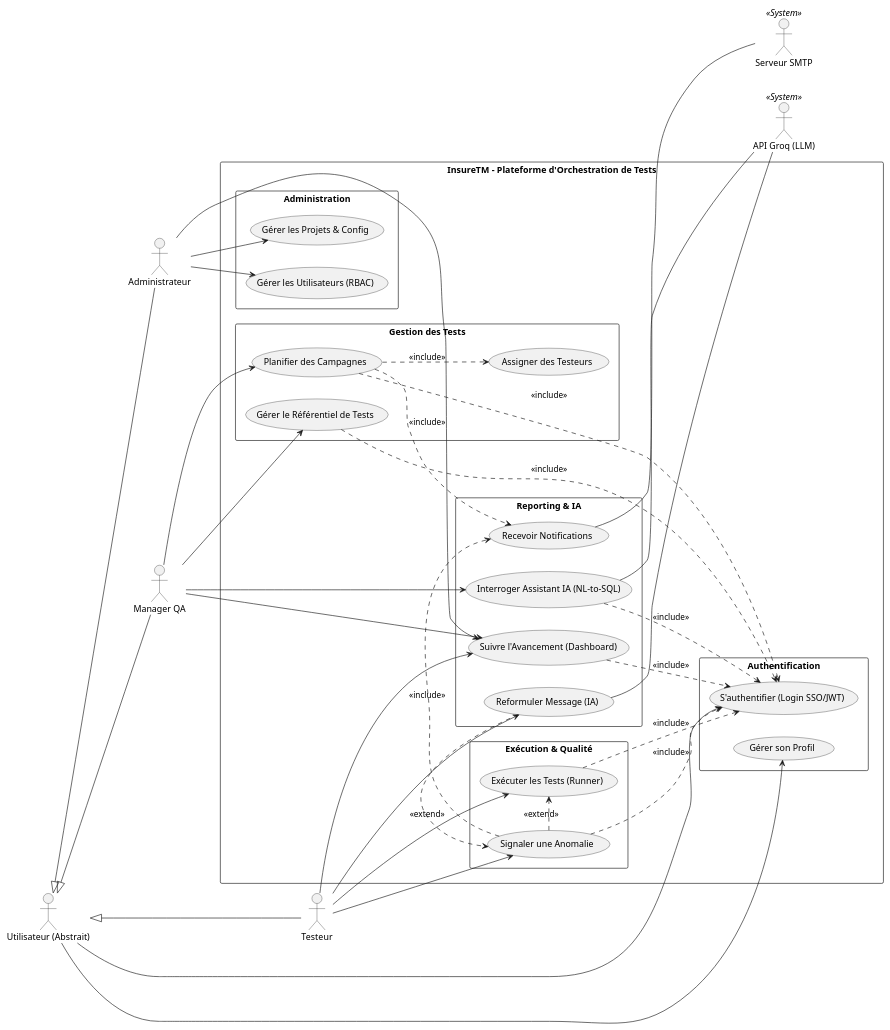
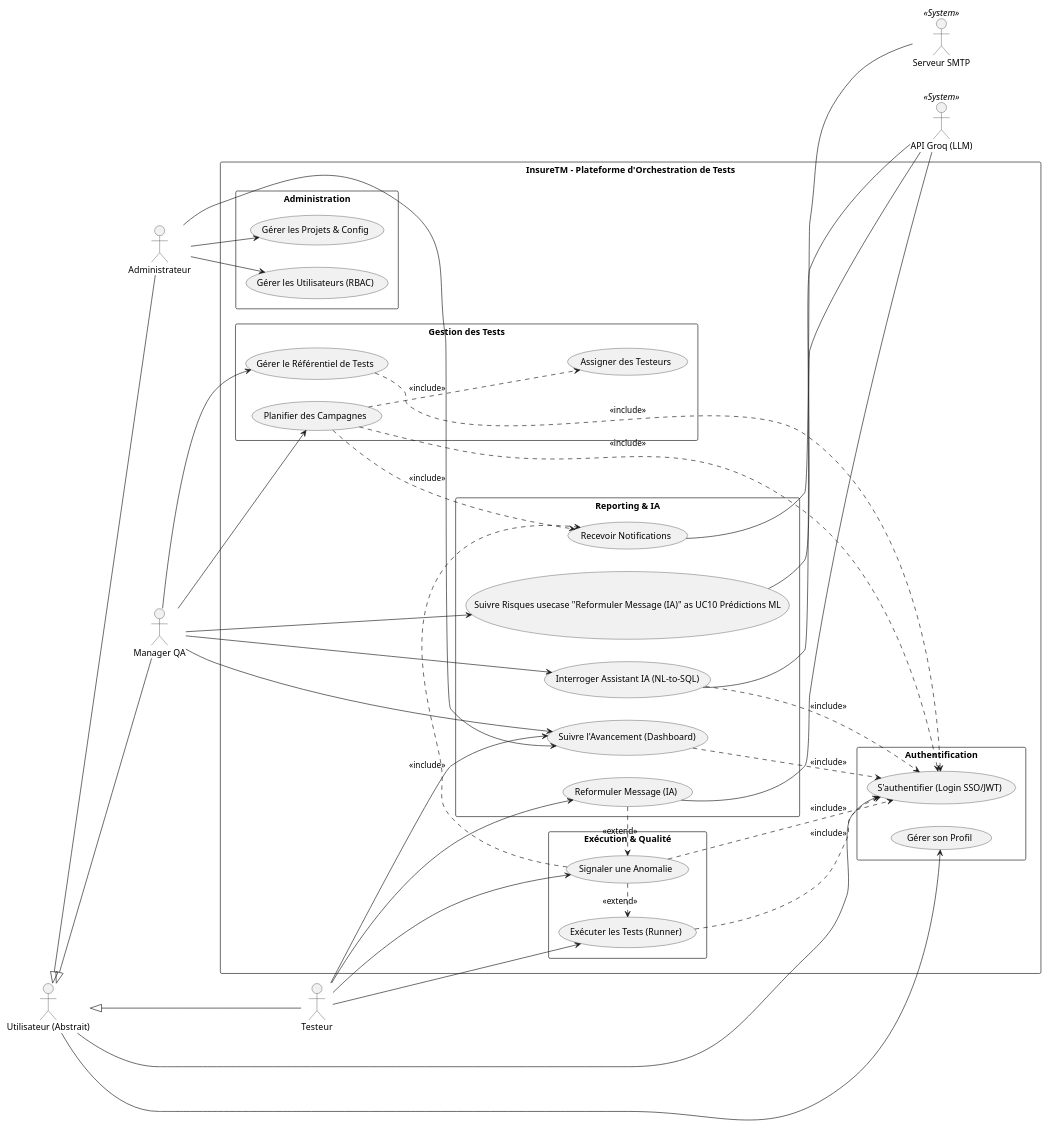
Before and after one commit to onsben19/Test-Management-Plateforme-LLoyd: the diagram in InsureTM/diagrammes /use_case_diagram.puml, drawn with PlantUML. The commit also changed 28 other files, not shown here.

```diff
--- a/InsureTM/diagrammes /use_case_diagram.puml
+++ b/InsureTM/diagrammes /use_case_diagram.puml
@@ -1,87 +1,90 @@
 @startuml
 left to right direction
 skinparam packageStyle rectangle
 
 actor "Utilisateur (Abstrait)" as User
 actor "Administrateur" as Admin
 actor "Manager QA" as Manager
 actor "Testeur" as Tester
 
 ' Systèmes Externes
 actor "Serveur SMTP" as SMTP <<System>>
 actor "API Groq (LLM)" as AI <<System>>
 
 ' Héritage
 User <|-- Admin
 User <|-- Manager
 User <|-- Tester
 
 rectangle "InsureTM - Plateforme d'Orchestration de Tests" {
 
   ' --- Authentification ---
   package "Authentification" {
       usecase "S'authentifier (Login SSO/JWT)" as Login
       usecase "Gérer son Profil" as Profile
   }
   User --> Login
   User --> Profile
 
   ' --- Administration ---
   package "Administration" {
       usecase "Gérer les Utilisateurs (RBAC)" as UC1
       usecase "Gérer les Projets & Config" as UC2
   }
   Admin --> UC1
   Admin --> UC2
 
   ' --- Gestion des Tests ---
   package "Gestion des Tests" {
       usecase "Gérer le Référentiel de Tests" as UC3
       usecase "Planifier des Campagnes" as UC4
       usecase "Assigner des Testeurs" as UC5
       UC4 ..> UC5 : <<include>>
       UC4 ..> Login : <<include>>
   }
   Manager --> UC3
   Manager --> UC4
   UC3 ..> Login : <<include>>
 
   ' --- Exécution ---
   package "Exécution & Qualité" {
       usecase "Exécuter les Tests (Runner)" as UC6
       usecase "Signaler une Anomalie" as UC7
       UC7 .> UC6 : <<extend>>
   }
   Tester --> UC6
   Tester --> UC7
   UC6 ..> Login : <<include>>
   UC7 ..> Login : <<include>>
 
   ' --- Reporting & IA ---
   package "Reporting & IA" {
       usecase "Suivre l'Avancement (Dashboard)" as UC8
       usecase "Interroger Assistant IA (NL-to-SQL)" as UC9
       usecase "Reformuler Message (IA)" as UC10
+      usecase "Suivre Risques usecase "Reformuler Message (IA)" as UC10 Prédictions ML" as UC12
       usecase "Recevoir Notifications" as UC11
   }
   
   ' Liens Transverses
   Admin --> UC8
   Manager --> UC8
   Manager --> UC9
   Tester --> UC8
   Tester --> UC10
+  Manager --> UC12
 
   UC8 ..> Login : <<include>>
   UC9 ..> Login : <<include>>
   UC10 .> UC7 : <<extend>>
 
   ' Systèmes Externes
   UC11 -- SMTP
   UC9 -- AI
   UC10 -- AI
+  UC12 -- AI
   UC4 ..> UC11 : <<include>>
   UC7 ..> UC11 : <<include>>
 
 }
 @enduml
```
